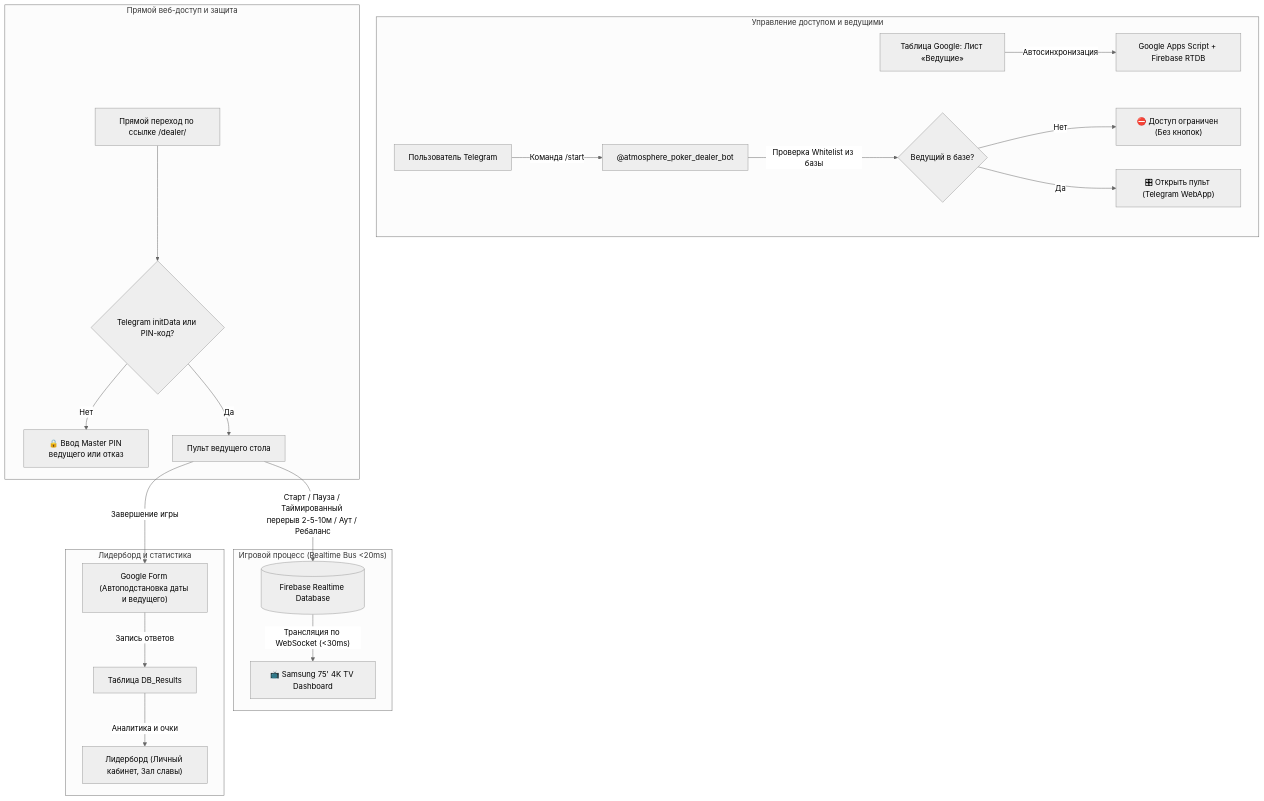
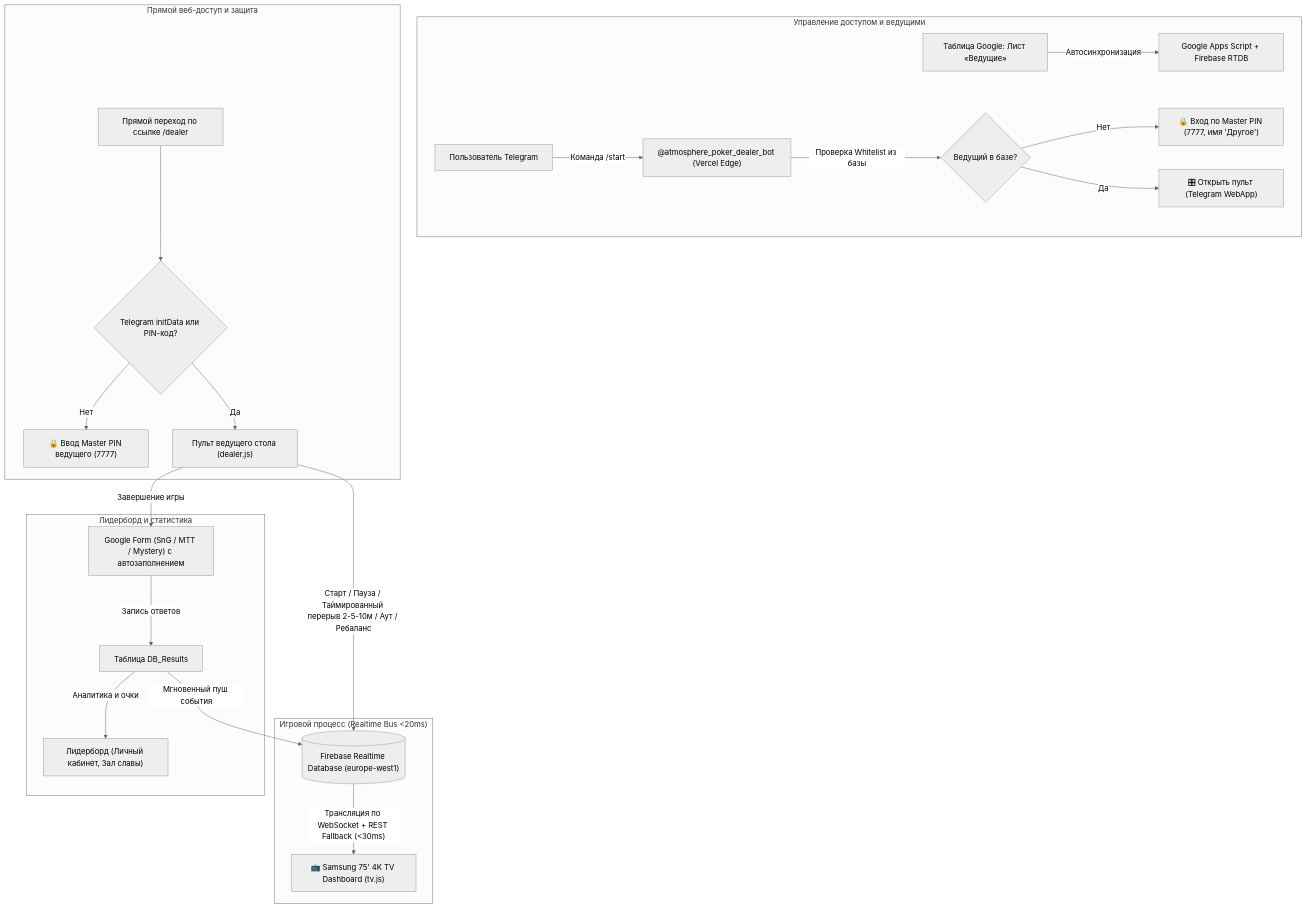
The diagram in ORCHESTRATOR.md (h0raiz0n/leaderboard-mini-apps), drawn with Mermaid (neutral theme) before and after one commit. The commit also changed other lines of this file and 2 other files, not shown here.

Commit message:
chore(orchestrator): finalize master quality roadmap and execution prompt for 9.5/10 standard

````diff
--- a/ORCHESTRATOR.md
+++ b/ORCHESTRATOR.md
@@ -8,27 +8,28 @@
 ```mermaid
 graph TD
     subgraph "Управление доступом и ведущими"
         A["Таблица Google: Лист «Ведущие»"] -->|"Автосинхронизация"| B["Google Apps Script + Firebase RTDB"]
-        C["Пользователь Telegram"] -->|"Команда /start"| D["@atmosphere_poker_dealer_bot"]
+        C["Пользователь Telegram"] -->|"Команда /start"| D["@atmosphere_poker_dealer_bot (Vercel Edge)"]
         D -->|"Проверка Whitelist из базы"| E{"Ведущий в базе?"}
-        E -->|"Нет"| F["⛔️ Доступ ограничен (Без кнопок)"]
+        E -->|"Нет"| F["🔒 Вход по Master PIN (7777, имя 'Другое')"]
         E -->|"Да"| G["🎛 Открыть пульт (Telegram WebApp)"]
     end
 
     subgraph "Прямой веб-доступ и защита"
-        H["Прямой переход по ссылке /dealer/"] --> I{"Telegram initData или PIN-код?"}
-        I -->|"Нет"| J["🔒 Ввод Master PIN ведущего или отказ"]
-        I -->|"Да"| K["Пульт ведущего стола"]
+        H["Прямой переход по ссылке /dealer"] --> I{"Telegram initData или PIN-код?"}
+        I -->|"Нет"| J["🔒 Ввод Master PIN ведущего (7777)"]
+        I -->|"Да"| K["Пульт ведущего стола (dealer.js)"]
     end
 
     subgraph "Игровой процесс (Realtime Bus <20ms)"
-        K -->|"Старт / Пауза / Таймированный перерыв 2-5-10м / Аут / Ребаланс"| L[("Firebase Realtime Database")]
-        L -->|"Трансляция по WebSocket (<30ms)"| M["📺 Samsung 75' 4K TV Dashboard"]
+        K -->|"Старт / Пауза / Таймированный перерыв 2-5-10м / Аут / Ребаланс"| L[("Firebase Realtime Database (europe-west1)")]
+        L -->|"Трансляция по WebSocket + REST Fallback (<30ms)"| M["📺 Samsung 75' 4K TV Dashboard (tv.js)"]
     end
 
     subgraph "Лидерборд и статистика"
-        K -->|"Завершение игры"| N["Google Form (Автоподстановка даты и ведущего)"]
+        K -->|"Завершение игры"| N["Google Form (SnG / MTT / Mystery) с автозаполнением"]
         N -->|"Запись ответов"| O["Таблица DB_Results"]
         O -->|"Аналитика и очки"| P["Лидерборд (Личный кабинет, Зал славы)"]
+        O -->|"Мгновенный пуш события"| L
     end
 ```
````
